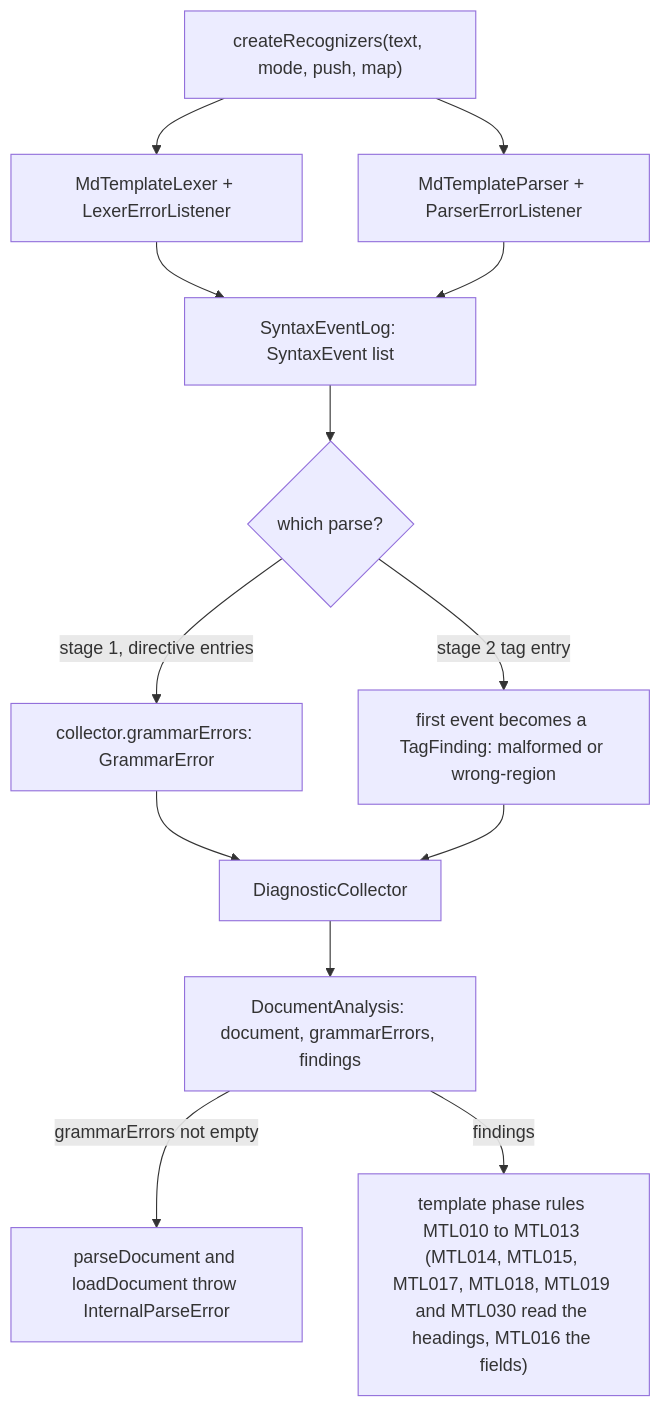
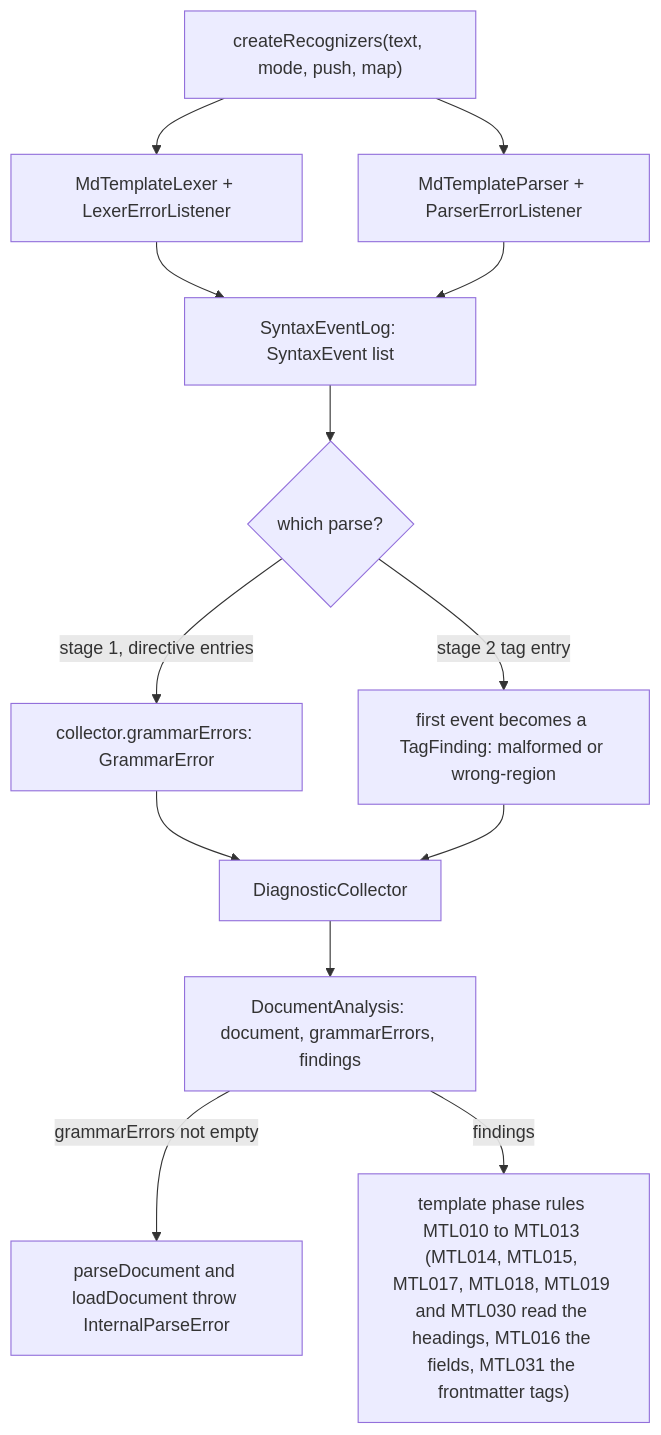
The second of 2 diagrams in docs/guides/grammar-and-listeners.md (m21-cerutti/md-template-lint), drawn with Mermaid before and after one commit. The commit also changed other lines of this file and 121 other files, not shown here.

````diff
--- a/docs/guides/grammar-and-listeners.md
+++ b/docs/guides/grammar-and-listeners.md
@@ -160,15 +160,15 @@
 ```mermaid
 flowchart TD
   rec["createRecognizers(text, mode, push, map)"] --> lex["MdTemplateLexer + LexerErrorListener"]
   rec --> par["MdTemplateParser + ParserErrorListener"]
   lex --> log["SyntaxEventLog: SyntaxEvent list"]
   par --> log
   log --> stage{"which parse?"}
   stage -->|"stage 1, directive entries"| grammar["collector.grammarErrors: GrammarError"]
   stage -->|"stage 2 tag entry"| finding["first event becomes a TagFinding: malformed or wrong-region"]
   grammar --> coll["DiagnosticCollector"]
   finding --> coll
   coll --> out["DocumentAnalysis: document, grammarErrors, findings"]
   out -->|"grammarErrors not empty"| boom["parseDocument and loadDocument throw InternalParseError"]
-  out -->|"findings"| rules["template phase rules MTL010 to MTL013 (MTL014, MTL015, MTL017, MTL018, MTL019 and MTL030 read the headings, MTL016 the fields)"]
+  out -->|"findings"| rules["template phase rules MTL010 to MTL013 (MTL014, MTL015, MTL017, MTL018, MTL019 and MTL030 read the headings, MTL016 the fields, MTL031 the frontmatter tags)"]
 ```
````
